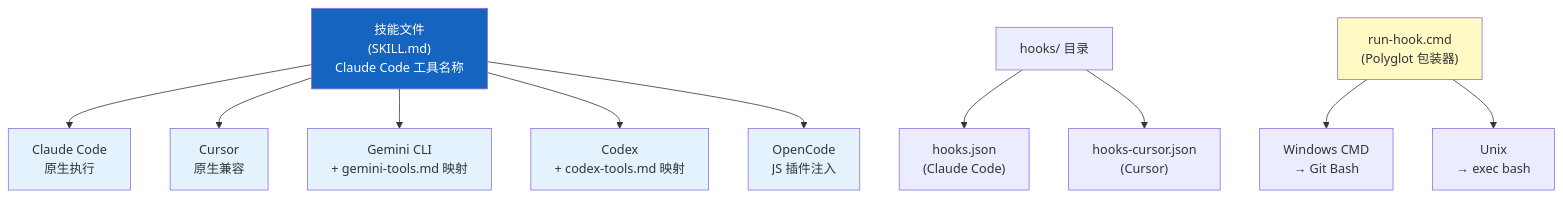
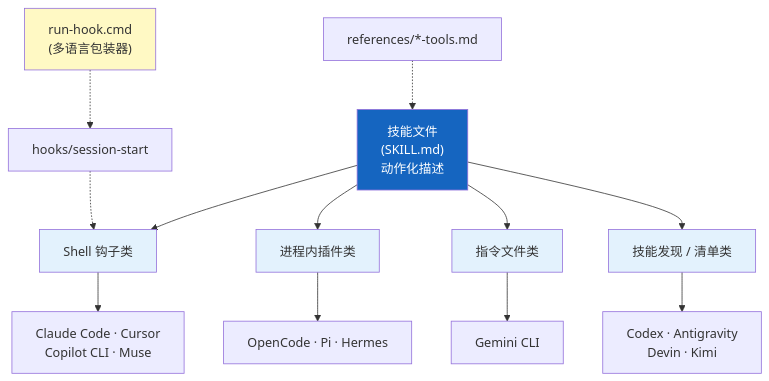
One commit to yongnianliu/superpowers changed the first of 2 diagrams in docs/zh/07-platform-adapters.md. Above: the diagram before and after it, drawn with Mermaid. The commit also changed other lines of this file and 12 other files, not shown here.

````diff
--- a/docs/zh/07-platform-adapters.md
+++ b/docs/zh/07-platform-adapters.md
@@ -10,26 +32,25 @@
 ```mermaid
 graph TB
-    SKILLS["技能文件<br/>(SKILL.md)<br/>Claude Code 工具名称"]
+    SKILLS["技能文件<br/>(SKILL.md)<br/>动作化描述"]
 
-    SKILLS --> CC["Claude Code<br/>原生执行"]
-    SKILLS --> CU["Cursor<br/>原生兼容"]
-    SKILLS --> GM["Gemini CLI<br/>+ gemini-tools.md 映射"]
-    SKILLS --> CX["Codex<br/>+ codex-tools.md 映射"]
-    SKILLS --> OC2["OpenCode<br/>JS 插件注入"]
+    SKILLS --> G1["Shell 钩子类"]
+    SKILLS --> G2["进程内插件类"]
+    SKILLS --> G3["指令文件类"]
+    SKILLS --> G4["技能发现 / 清单类"]
 
-    HOOK["hooks/ 目录"]
-    HOOK --> H_CC["hooks.json<br/>(Claude Code)"]
-    HOOK --> H_CU["hooks-cursor.json<br/>(Cursor)"]
+    G1 --> P1["Claude Code · Cursor<br/>Copilot CLI · Muse"]
+    G2 --> P2["OpenCode · Pi · Hermes"]
+    G3 --> P3["Gemini CLI"]
+    G4 --> P4["Codex · Antigravity<br/>Devin · Kimi"]
 
-    WRAP["run-hook.cmd<br/>(Polyglot 包装器)"]
-    WRAP --> WIN["Windows CMD<br/>→ Git Bash"]
-    WRAP --> UNIX["Unix<br/>→ exec bash"]
+    HOOK["hooks/session-start"] -.-> G1
+    WRAP["run-hook.cmd<br/>(多语言包装器)"] -.-> HOOK
+    REFS["references/*-tools.md"] -.-> SKILLS
 
     style SKILLS fill:#1565C0,color:#fff
-    style CC fill:#E3F2FD
-    style CU fill:#E3F2FD
-    style GM fill:#E3F2FD
-    style CX fill:#E3F2FD
-    style OC2 fill:#E3F2FD
+    style G1 fill:#E3F2FD
+    style G2 fill:#E3F2FD
+    style G3 fill:#E3F2FD
+    style G4 fill:#E3F2FD
     style WRAP fill:#FFF9C4
 ```
````
